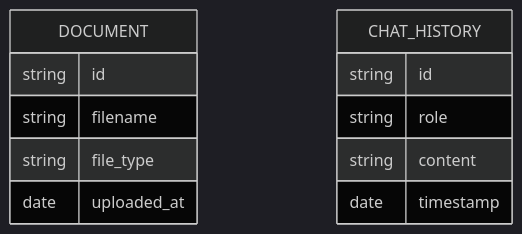
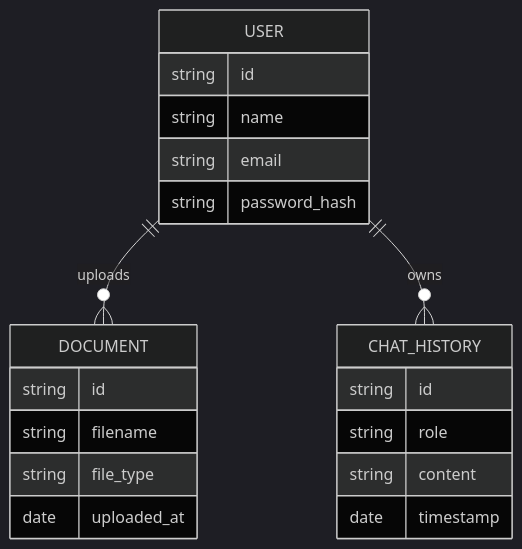
Before and after one commit to harshcoder-harsh/IntelliRAG: the third of 3 diagrams in .trae/documents/technical-architecture.md, drawn with Mermaid (dark theme). The commit also changed other lines of this file and 6 other files, not shown here.

````diff
--- a/.trae/documents/technical-architecture.md
+++ b/.trae/documents/technical-architecture.md
@@ -57,15 +63,23 @@
 ```mermaid
 erDiagram
+    USER {
+        string id
+        string name
+        string email
+        string password_hash
+    }
     DOCUMENT {
         string id
         string filename
         string file_type
         date uploaded_at
     }
     CHAT_HISTORY {
         string id
         string role
         string content
         date timestamp
     }
+    USER ||--o{ DOCUMENT : uploads
+    USER ||--o{ CHAT_HISTORY : owns
 ```
````
